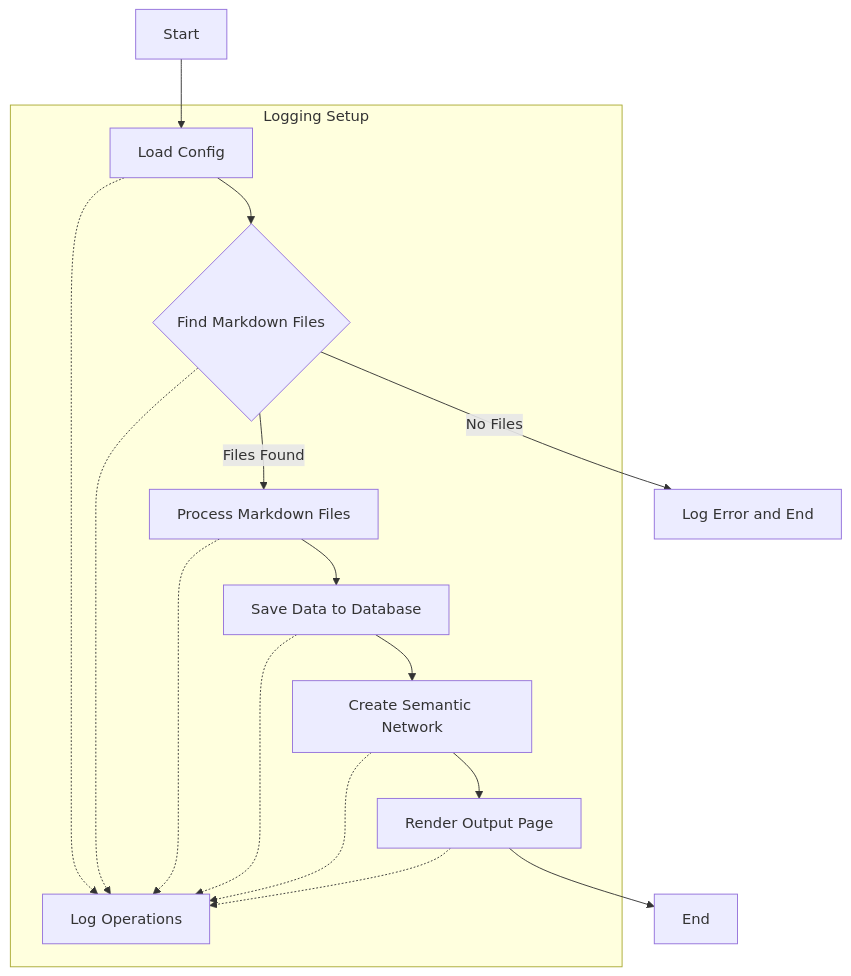
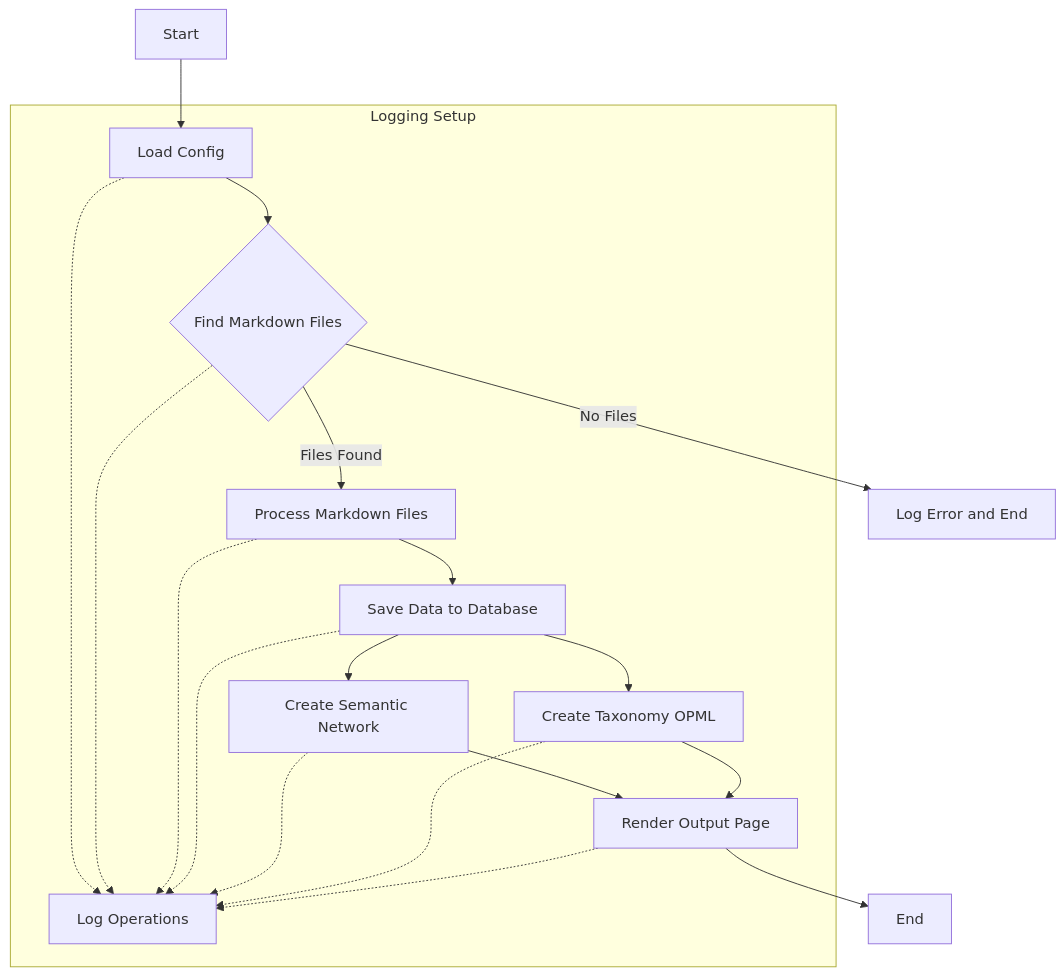
One commit to mattbriggs/content-feature changed the second of 2 diagrams in ex-010/application_docs.md. Above: the diagram before and after it, drawn with Mermaid. The commit also changed other lines of this file and 15 other files, not shown here.

````diff
--- a/ex-010/application_docs.md
+++ b/ex-010/application_docs.md
@@ -80,20 +77,23 @@
 ```mermaid
 graph TD
     A[Start] --> B[Load Config]
     B --> C{Find Markdown Files}
     C -->|Files Found| D[Process Markdown Files]
     C -->|No Files| E[Log Error and End]
     D --> F[Save Data to Database]
     F --> G[Create Semantic Network]
-    G --> H[Render Output Page]
-    H --> I[End]
+    F --> H[Create Taxonomy OPML]
+    G --> I[Render Output Page]
+    H --> I
+    I --> J[End]
 
     subgraph logging [Logging Setup]
         B -.-> L[Log Operations]
         C -.-> L
         D -.-> L
         F -.-> L
         G -.-> L
         H -.-> L
+        I -.-> L
     end
 ```
````
